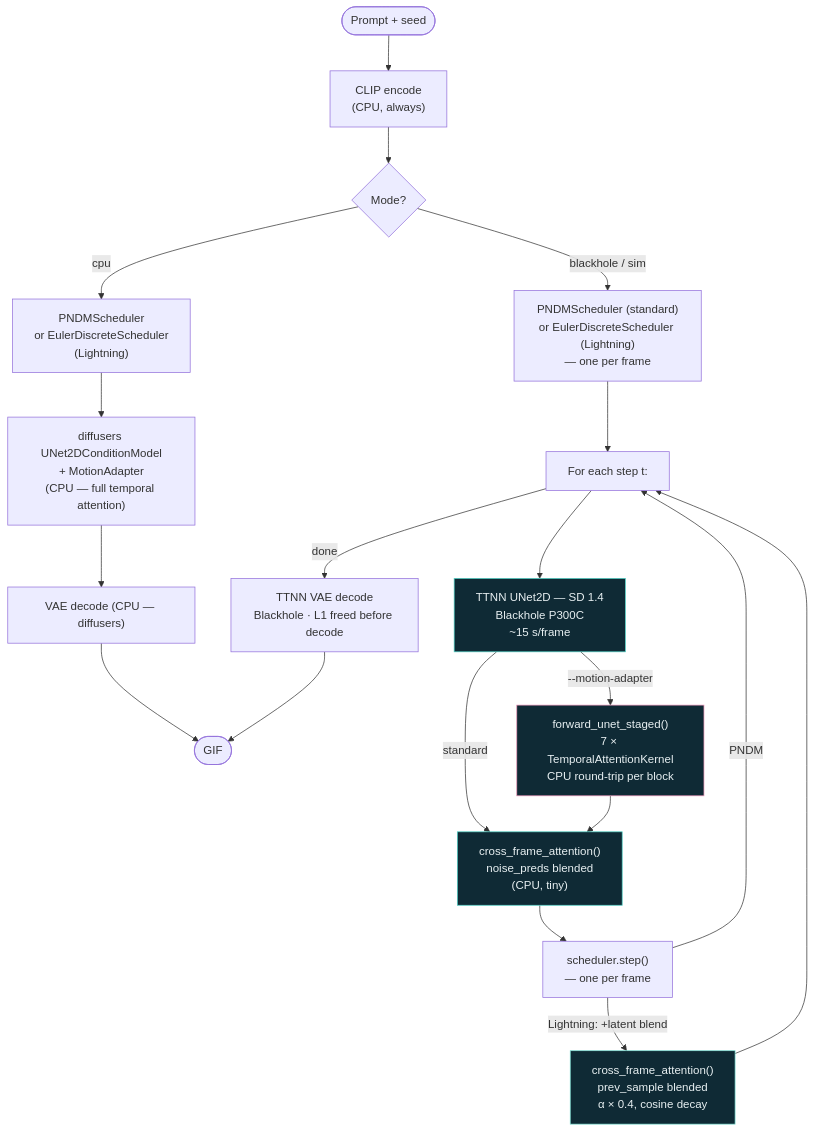
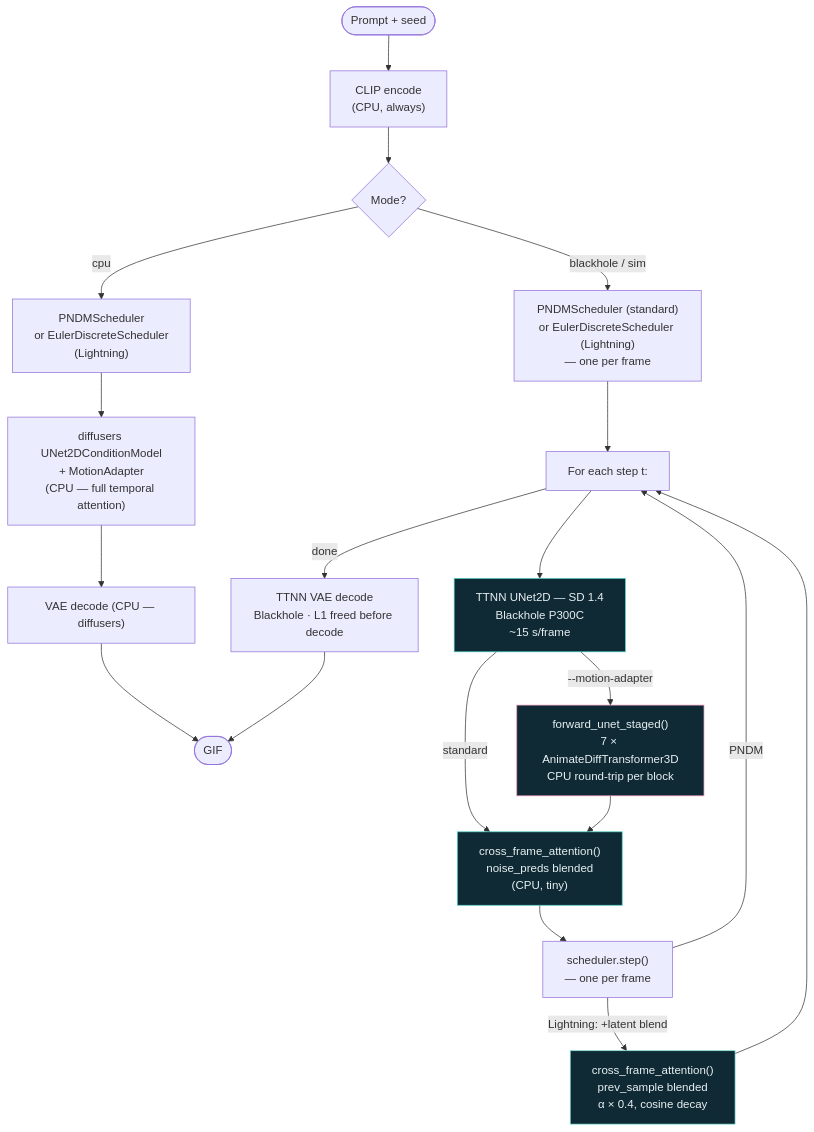
Before and after one commit to tenstorrent/tt-animatediff: the first of 2 diagrams in README.md, drawn with Mermaid. The commit also changed other lines of this file and 44 other files, not shown here.

````diff
--- a/README.md
+++ b/README.md
@@ -335,28 +336,28 @@
 ```mermaid
 flowchart TD
     P([Prompt + seed]) --> ENC["CLIP encode\n(CPU, always)"]
     ENC --> MODE{Mode?}
 
     MODE -->|cpu| CPU_SCHED["PNDMScheduler\nor EulerDiscreteScheduler\n(Lightning)"]
     CPU_SCHED --> CPU_UNET["diffusers UNet2DConditionModel\n+ MotionAdapter\n(CPU — full temporal attention)"]
     CPU_UNET --> CPU_VAE["VAE decode (CPU — diffusers)"]
     CPU_VAE --> GIF([GIF])
 
     MODE -->|blackhole / sim| BH_SCHED["PNDMScheduler (standard)\nor EulerDiscreteScheduler (Lightning)\n— one per frame"]
     BH_SCHED --> LOOP["For each step t:"]
     LOOP --> BH_UNET["TTNN UNet2D — SD 1.4\nBlackhole P300C\n~15 s/frame"]
-    BH_UNET -->|--motion-adapter| MA["forward_unet_staged()\n7 × TemporalAttentionKernel\nCPU round-trip per block"]
+    BH_UNET -->|--motion-adapter| MA["forward_unet_staged()\n7 × AnimateDiffTransformer3D\nCPU round-trip per block"]
     BH_UNET -->|standard| CFA
     MA --> CFA["cross_frame_attention()\nnoise_preds blended\n(CPU, tiny)"]
     CFA --> STEP["scheduler.step()\n— one per frame"]
     STEP -->|Lightning: +latent blend| LAT["cross_frame_attention()\nprev_sample blended\nα × 0.4, cosine decay"]
     LAT --> LOOP
     STEP -->|PNDM| LOOP
     LOOP -->|done| BH_VAE["TTNN VAE decode\nBlackhole · L1 freed before decode"]
     BH_VAE --> GIF
 
     style BH_UNET fill:#0f2a35,stroke:#4fd1c5,color:#e8f0f2
     style MA fill:#0f2a35,stroke:#ec96b8,color:#e8f0f2
     style CFA fill:#0f2a35,stroke:#4fd1c5,color:#e8f0f2
     style LAT fill:#0f2a35,stroke:#81e6d9,color:#e8f0f2
 ```
````
